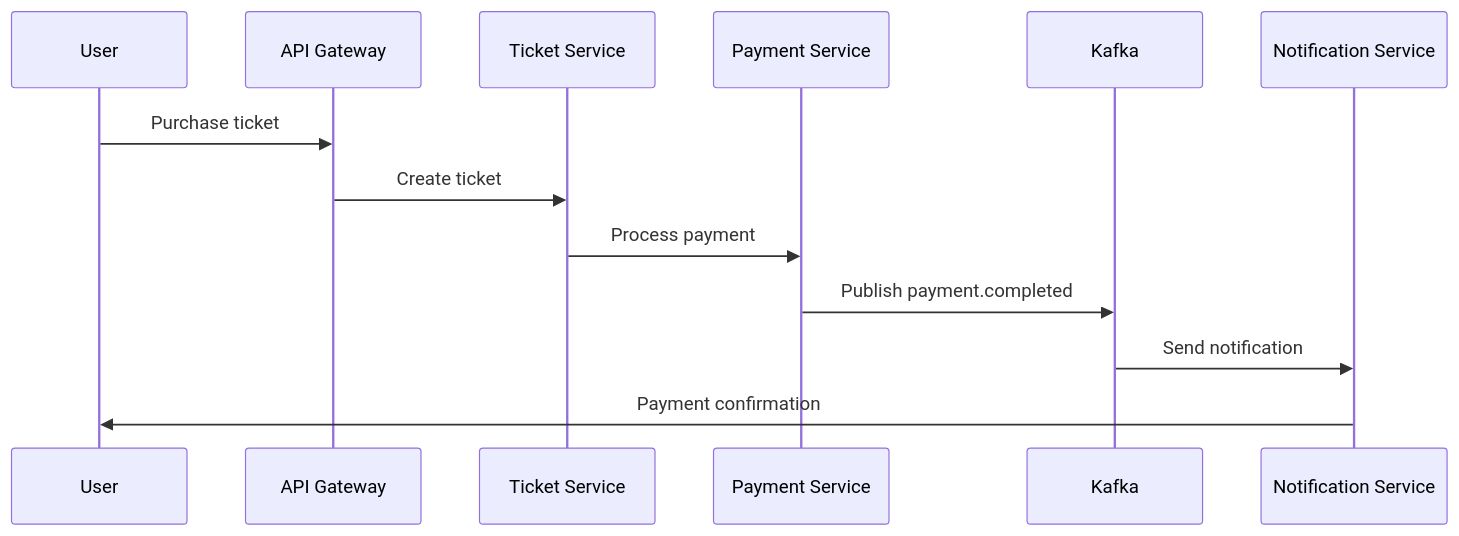
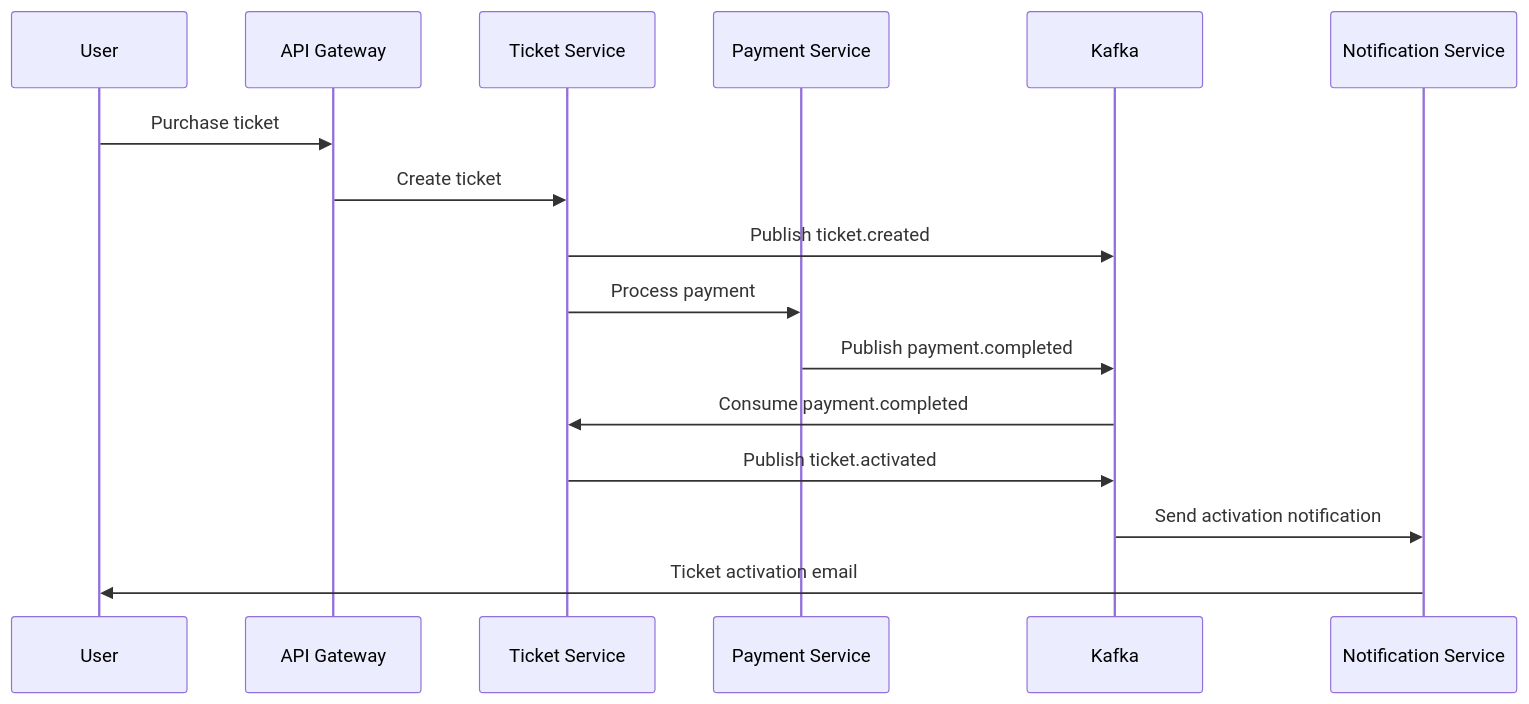
One commit to NamPhAm-Work423/Metro-backend changed the second of 4 diagrams in README.md. Above: the diagram before and after it, drawn with Mermaid. The commit also changed other lines of this file and 20 other files, not shown here.

````diff
--- a/README.md
+++ b/README.md
@@ -331,16 +500,19 @@
 ```mermaid
 sequenceDiagram
     participant U as User
     participant AG as API Gateway
     participant TS as Ticket Service
     participant PS as Payment Service
     participant K as Kafka
     participant NS as Notification Service
 
     U->>AG: Purchase ticket
     AG->>TS: Create ticket
+    TS->>K: Publish ticket.created
     TS->>PS: Process payment
     PS->>K: Publish payment.completed
-    K->>NS: Send notification
-    NS->>U: Payment confirmation
+    K->>TS: Consume payment.completed
+    TS->>K: Publish ticket.activated
+    K->>NS: Send activation notification
+    NS->>U: Ticket activation email
 ```
````
